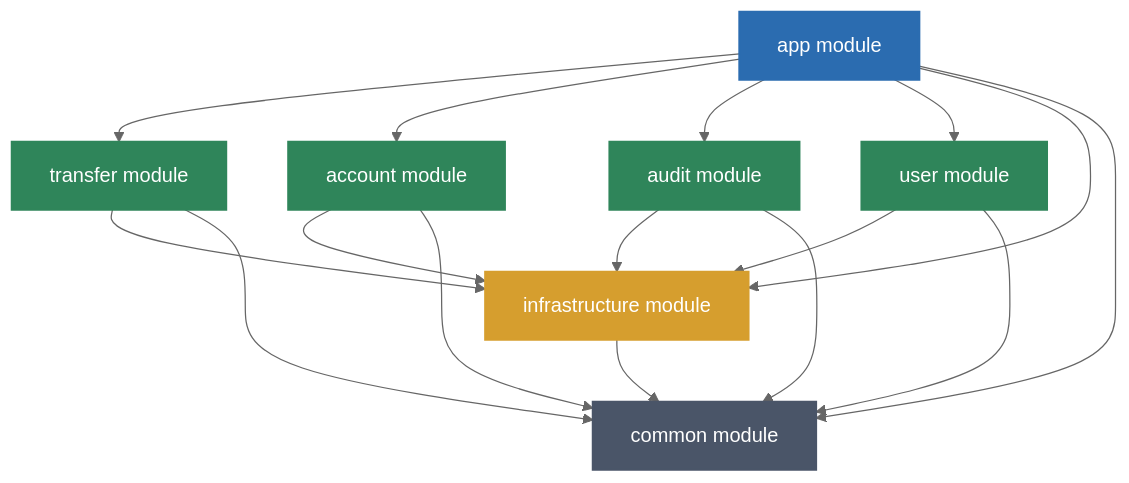
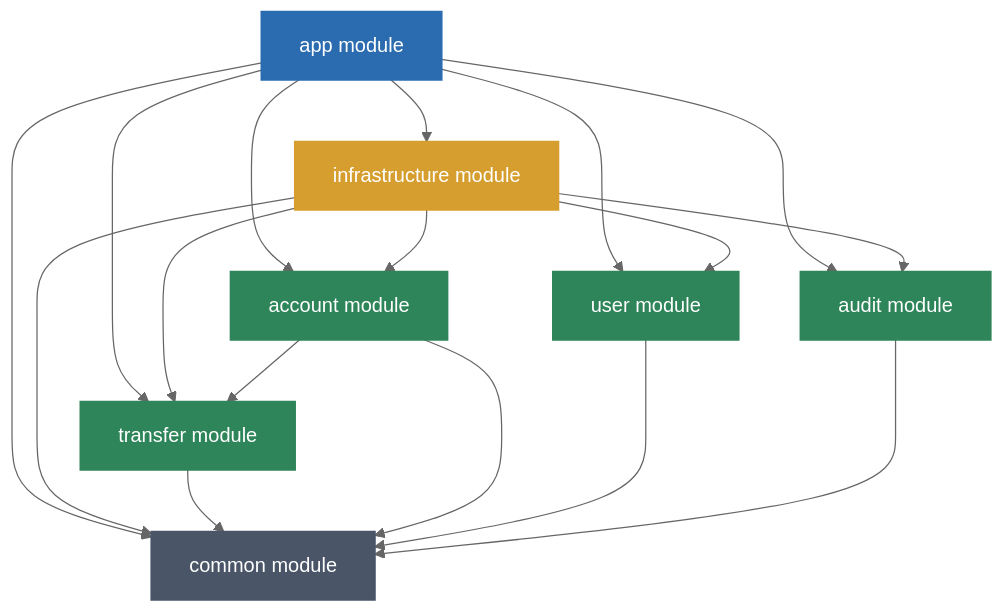
Before and after one commit to BerkanApaydin/core-banking: the diagram in readme.md, drawn with Mermaid (neutral theme). The commit also changed other lines of this file and 115 other files, not shown here.

````diff
--- a/readme.md
+++ b/readme.md
@@ -46,22 +46,22 @@
 ```mermaid
 graph TD
     classDef appClass fill:#2B6CB0,stroke:#2B6CB0,color:#fff,stroke-width:2px;
     classDef domainClass fill:#2F855A,stroke:#2F855A,color:#fff,stroke-width:2px;
     classDef infraClass fill:#D69E2E,stroke:#D69E2E,color:#fff,stroke-width:2px;
     classDef commonClass fill:#4A5568,stroke:#4A5568,color:#fff,stroke-width:2px;
 
     app[app module]:::appClass
     transfer[transfer module]:::domainClass
     account[account module]:::domainClass
     audit[audit module]:::domainClass
     user[user module]:::domainClass
     infra[infrastructure module]:::infraClass
     common[common module]:::commonClass
 
     app --> transfer & account & audit & user & infra & common
-    transfer --> infra & common
-    account --> infra & common
-    user --> infra & common
-    audit --> infra & common
-    infra --> common
+    infra --> account & transfer & user & audit & common
+    transfer --> common
+    account --> transfer & common
+    user --> common
+    audit --> common
 ```
````
